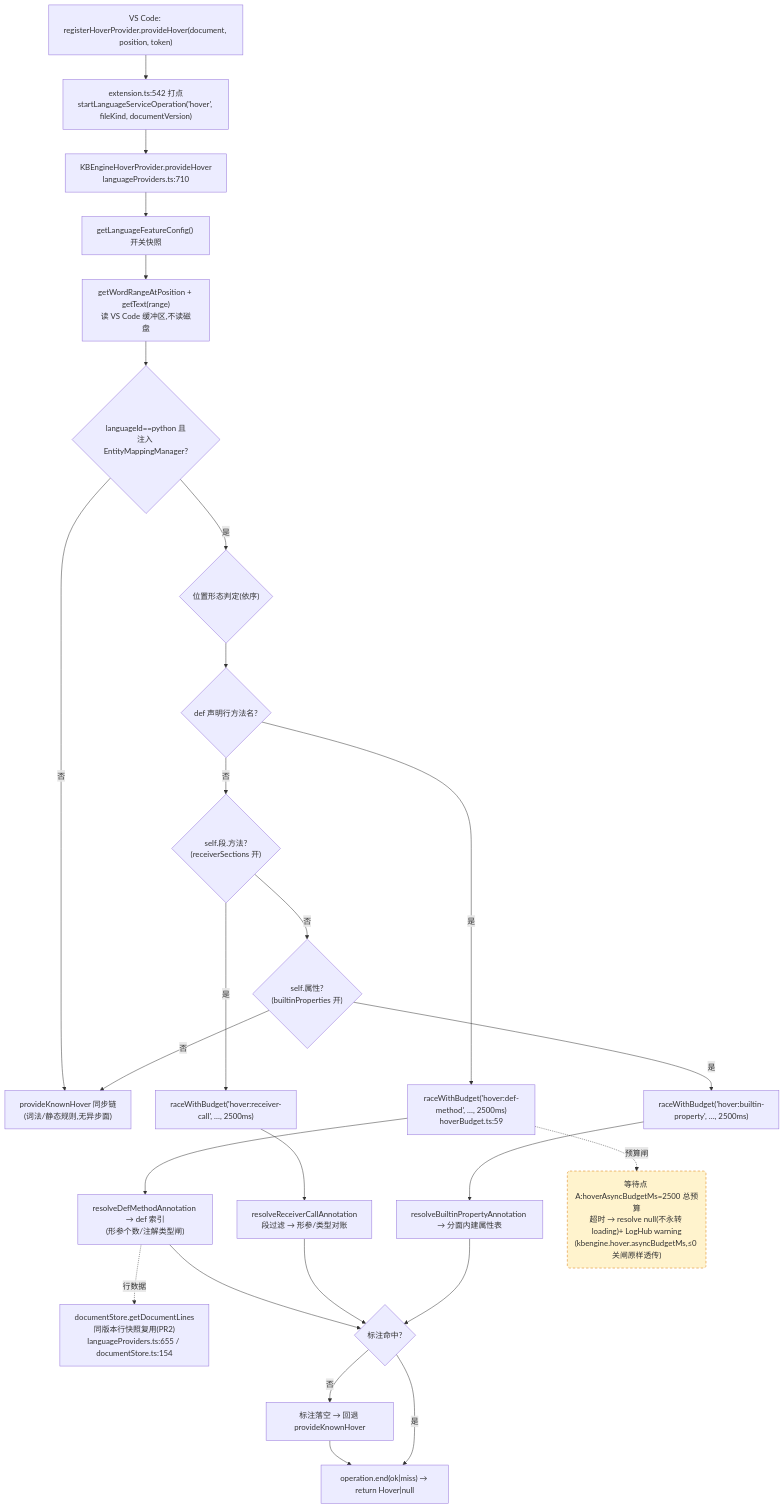
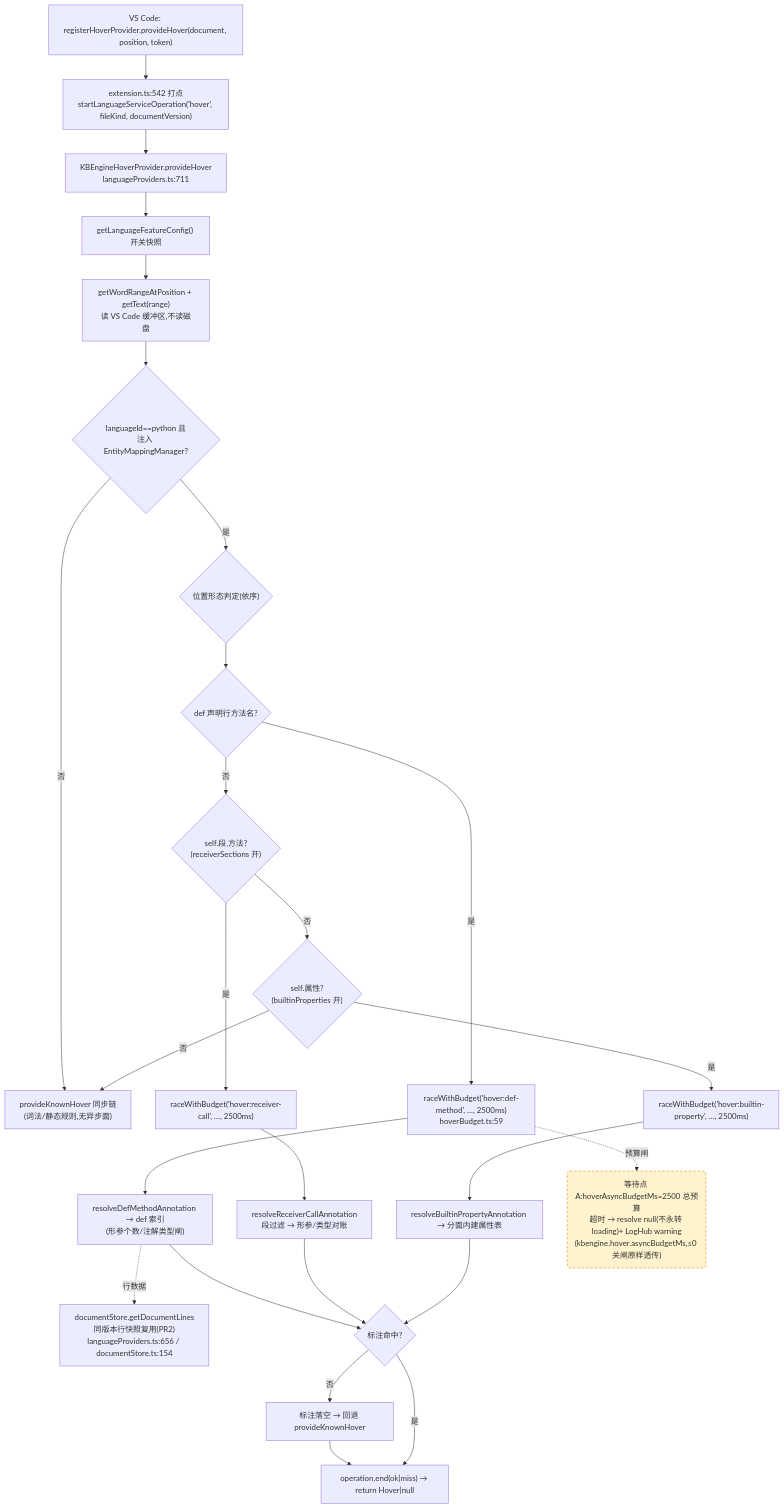
One commit to cuihairu/kode changed the first of 4 diagrams in docs/perf/2026-baseline.md. Above: the diagram before and after it, drawn with Mermaid. The commit also changed other lines of this file and 4 other files, not shown here.

````diff
--- a/docs/perf/2026-baseline.md
+++ b/docs/perf/2026-baseline.md
@@ -82,45 +82,45 @@
 ```mermaid
 flowchart TD
   VC1["VS Code: registerHoverProvider.provideHover(document, position, token)"]
   M1["extension.ts:542 打点<br/>startLanguageServiceOperation('hover', fileKind, documentVersion)"]
-  HP["KBEngineHoverProvider.provideHover<br/>languageProviders.ts:710"]
+  HP["KBEngineHoverProvider.provideHover<br/>languageProviders.ts:711"]
   CFG["getLanguageFeatureConfig() 开关快照"]
   WORD["getWordRangeAtPosition + getText(range)<br/>读 VS Code 缓冲区,不读磁盘"]
   BR{"languageId==python 且<br/>注入 EntityMappingManager?"}
   KN["provideKnownHover 同步链<br/>(词法/静态规则,无异步面)"]
   POS{"位置形态判定(依序)"}
   D1{"def 声明行方法名?"}
   D2{"self.段.方法?<br/>(receiverSections 开)"}
   D3{"self.属性?<br/>(builtinProperties 开)"}
   RA1["raceWithBudget('hover:def-method', …, 2500ms)<br/>hoverBudget.ts:59"]
   RA2["raceWithBudget('hover:receiver-call', …, 2500ms)"]
   RA3["raceWithBudget('hover:builtin-property', …, 2500ms)"]
   RS1["resolveDefMethodAnnotation → def 索引<br/>(形参个数/注解类型闸)"]
   RS2["resolveReceiverCallAnnotation<br/>段过滤 → 形参/类型对账"]
   RS3["resolveBuiltinPropertyAnnotation → 分面内建属性表"]
-  LINES["documentStore.getDocumentLines<br/>同版本行快照复用(PR2)<br/>languageProviders.ts:655 / documentStore.ts:154"]
+  LINES["documentStore.getDocumentLines<br/>同版本行快照复用(PR2)<br/>languageProviders.ts:656 / documentStore.ts:154"]
   MISS["标注落空 → 回退 provideKnownHover"]
   END1["operation.end(ok|miss) → return Hover|null"]
 
   VC1 --> M1 --> HP --> CFG --> WORD --> BR
   BR -- "否" --> KN
   BR -- "是" --> POS --> D1
   D1 -- "是" --> RA1 --> RS1
   D1 -- "否" --> D2
   D2 -- "是" --> RA2 --> RS2
   D2 -- "否" --> D3
   D3 -- "是" --> RA3 --> RS3
   D3 -- "否" --> KN
   RS1 --> HIT{"标注命中?"}
   RS2 --> HIT
   RS3 --> HIT
   RS1 -.->|行数据| LINES
   HIT -- "否" --> MISS --> END1
   HIT -- "是" --> END1
 
   WAITA("等待点 A:hoverAsyncBudgetMs=2500 总预算<br/>超时 → resolve null(不永转 loading)+ LogHub warning<br/>(kbengine.hover.asyncBudgetMs,≤0 关闸原样透传)")
   RA1 -.->|预算闸| WAITA
 
   classDef waitPoint fill:#fff3cd,stroke:#d97706,stroke-dasharray:5 4;
   class WAITA waitPoint;
 ```
````
